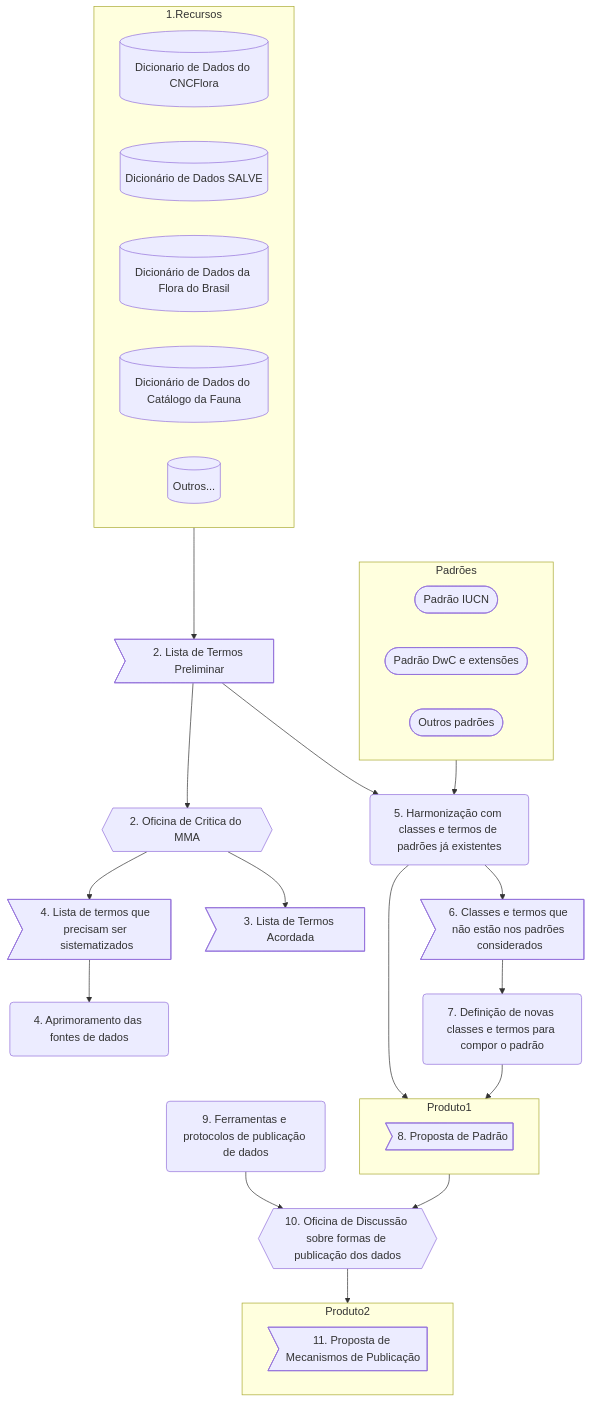
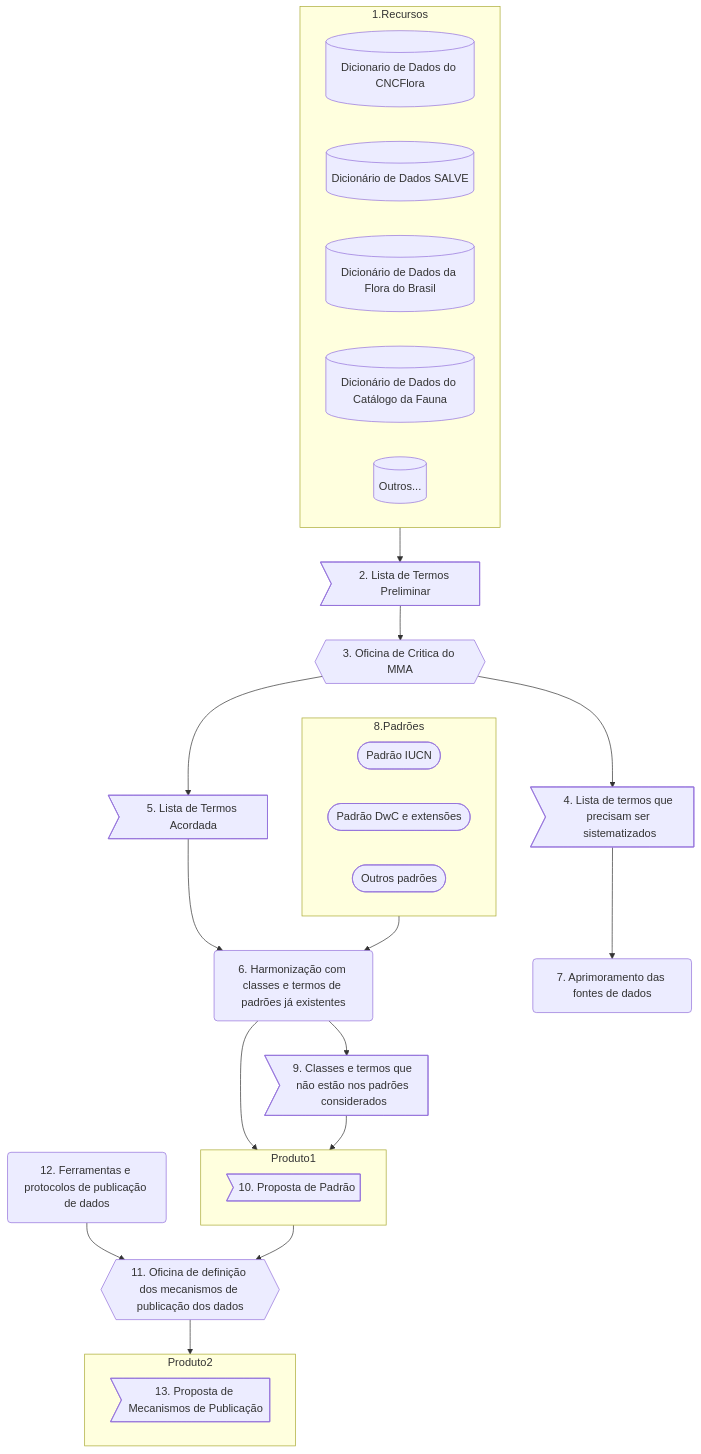
One commit to jlanna/MMA-Ameacadas changed the first of 2 diagrams in readme/fluxograma.md. Above: the diagram before and after it, drawn with Mermaid.

Commit message:
Atualização

````diff
--- a/readme/fluxograma.md
+++ b/readme/fluxograma.md
@@ -5,40 +5,62 @@
 ```mermaid
 flowchart TB
+    
     %% define os recursos existentes que precisam ter seus termos levantados e compilados
     subgraph 1.Recursos
         direction RL    
         dc1[(Dicionario de Dados do CNCFlora)]
         dc2[(Dicionário de Dados SALVE)]
         dc3[(Dicionário de Dados da Flora do Brasil)]
         dc4[(Dicionário de Dados do Catálogo da Fauna)]
         dc5[(Outros...)]
      end
-    1.Recursos --> B>2. Lista de Termos Preliminar]
-    B --> A
-    A{{2. Oficina de Critica do MMA}} --> C>4. Lista de termos que precisam ser sistematizados]
+    
+    %% geração do produto (2) 
+    1.Recursos --> 2>2. Lista de Termos Preliminar]
 
-    P>3. Lista de Termos Acordada]
-    A --> P
-    C --> E(4. Aprimoramento das fontes de dados)
-    B --> F(5. Harmonização com classes e termos de padrões já existentes)
-        subgraph Padrões
+    %% produto (2) alimenta a oficina do MMA para critica aos termos existentes (3)
+    2 --> 3{{3. Oficina de Critica do MMA}}
+
+    %% a oficina (3) tem como resultado uma lista de termos acordada (5) e uma lista de termos que é demandada pelo MMA mas não está presente nos recursos (4)
+    3 --> 4>4. Lista de termos que precisam ser sistematizados]
+    3 --> 5>5. Lista de Termos Acordada]
+
+    %% a lista de termos que é demandada mas não está presente nos recursos alimenta um o aprimoramento das fontes de dados (7)
+    4 --> 7(7. Aprimoramento das fontes de dados)
+    
+
+
+    %% a lista de termos acordada na oficina (5) alimenta a ação de harmonização dos termos com os padrões existentes (8), na ação (6)
+    5 --> 6(6. Harmonização com classes e termos de padrões já existentes)
+
+    %% bloco dos padrões existentes (8)
+    subgraph 8.Padrões
         direction RL
         G([Padrão IUCN])
         H([Padrão DwC e extensões])
         I([Outros padrões])
     end
-    Padrões --> F   
-    F --> J>6. Classes e termos que não estão nos padrões considerados]
-    J --> K(7. Definição de novas classes e termos para compor o padrão)
+    8.Padrões --> 6
+
+    %% a ação de harmonização irá encontrar classes e termos demandados que não estão presentes em nenhum padrão, gerando a necessidade de sistematizar essas classes e termos em um relatório (9)
+    6 --> 9>9. Classes e termos que não estão nos padrões considerados]
+
+    %% o Produto1 é gerado pela compilação das classes e termos presentes nos padrões existentes e por um novo conjunto de classes e termos, não presentes nos padrões mas demandados pelo MMA
     subgraph Produto1
-        L>8. Proposta de Padrão]
+        10>10. Proposta de Padrão]
     end
-    F --> Produto1
-    K --> Produto1
-    Produto1 --> M{{10. Oficina de Discussão sobre formas de publicação dos dados}}
+    6 --> Produto1
+    9 --> Produto1
+
+    %% o Produto1 alimenta a oficina para definição dos mecanimos de publicação
+    Produto1 --> 11{{11. Oficina de definição dos mecanismos de publicação dos dados}}
+
+    %% ferramentas e protocolos de publicação de dados também alimenta a oficina 11
+    12(12. Ferramentas e protocolos de publicação de dados) --> 11
+
+    %% a oficina 12 gera a proposta de mecanismos de publicação
     subgraph Produto2
-        N>11. Proposta de Mecanismos de Publicação]
+        13>13. Proposta de Mecanismos de Publicação]
     end
-    O(9. Ferramentas e protocolos de publicação de dados) --> M
-    M --> Produto2
+    11 --> Produto2
 ```
````
